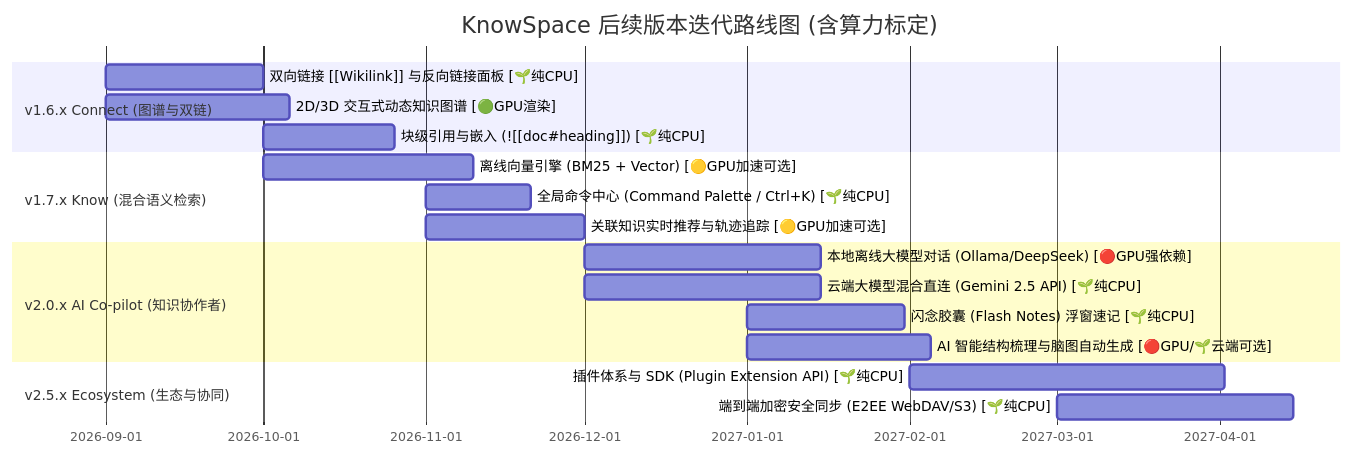
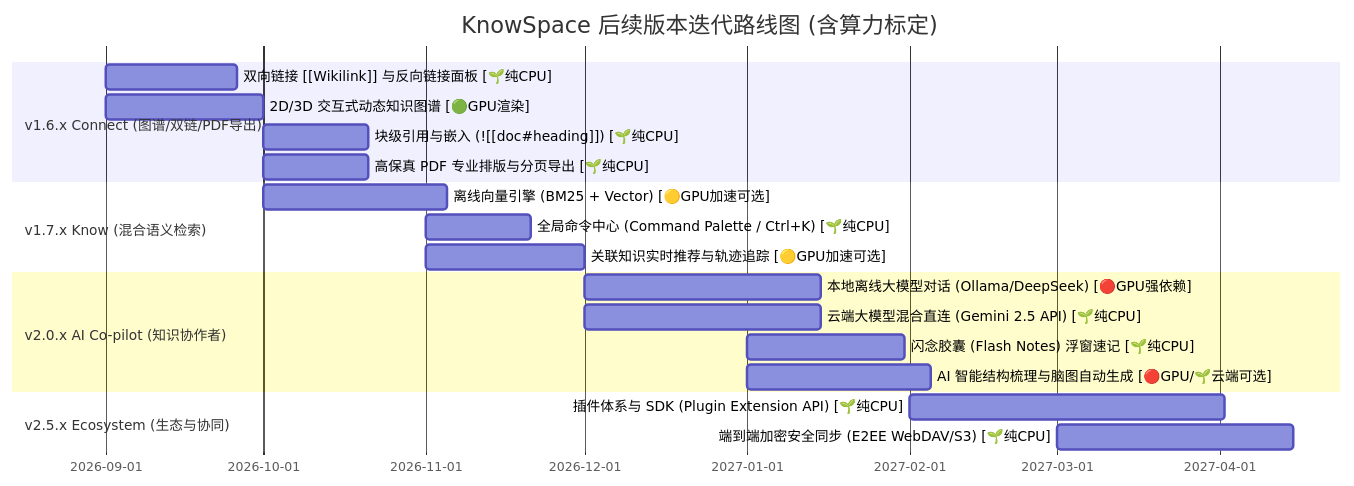
Before and after one commit to chunxvzhang-lab/BookMD-Reader: the diagram in knowspace-netx-work-plan.md, drawn with Mermaid. The commit also changed other lines of this file, not shown here.

Commit message:
docs: move PDF export feature to v1.6.x milestone in knowspace-netx-work-plan.md

````diff
--- a/knowspace-netx-work-plan.md
+++ b/knowspace-netx-work-plan.md
@@ -42,21 +43,22 @@
 ```mermaid
 gantt
     title KnowSpace 后续版本迭代路线图 (含算力标定)
     dateFormat  YYYY-MM
-    section v1.6.x Connect (图谱与双链)
-    双向链接 [[Wikilink]] 与反向链接面板 [🌱纯CPU]      :2026-09, 30d
-    2D/3D 交互式动态知识图谱 [🟢GPU渲染]               :2026-09, 35d
-    块级引用与嵌入 (![[doc#heading]]) [🌱纯CPU]         :2026-10, 25d
+    section v1.6.x Connect (图谱/双链/PDF导出)
+    双向链接 [[Wikilink]] 与反向链接面板 [🌱纯CPU]      :2026-09, 25d
+    2D/3D 交互式动态知识图谱 [🟢GPU渲染]               :2026-09, 30d
+    块级引用与嵌入 (![[doc#heading]]) [🌱纯CPU]         :2026-10, 20d
+    高保真 PDF 专业排版与分页导出 [🌱纯CPU]            :2026-10, 20d
     section v1.7.x Know (混合语义检索)
-    离线向量引擎 (BM25 + Vector) [🟡GPU加速可选]       :2026-10, 40d
+    离线向量引擎 (BM25 + Vector) [🟡GPU加速可选]       :2026-10, 35d
     全局命令中心 (Command Palette / Ctrl+K) [🌱纯CPU]  :2026-11, 20d
     关联知识实时推荐与轨迹追踪 [🟡GPU加速可选]          :2026-11, 30d
     section v2.0.x AI Co-pilot (知识协作者)
     本地离线大模型对话 (Ollama/DeepSeek) [🔴GPU强依赖]  :2026-12, 45d
     云端大模型混合直连 (Gemini 2.5 API) [🌱纯CPU]     :2026-12, 45d
     闪念胶囊 (Flash Notes) 浮窗速记 [🌱纯CPU]          :2027-01, 30d
     AI 智能结构梳理与脑图自动生成 [🔴GPU/🌱云端可选]     :2027-01, 35d
     section v2.5.x Ecosystem (生态与协同)
     插件体系与 SDK (Plugin Extension API) [🌱纯CPU]    :2027-02, 60d
     端到端加密安全同步 (E2EE WebDAV/S3) [🌱纯CPU]      :2027-03, 45d
 ```
````
